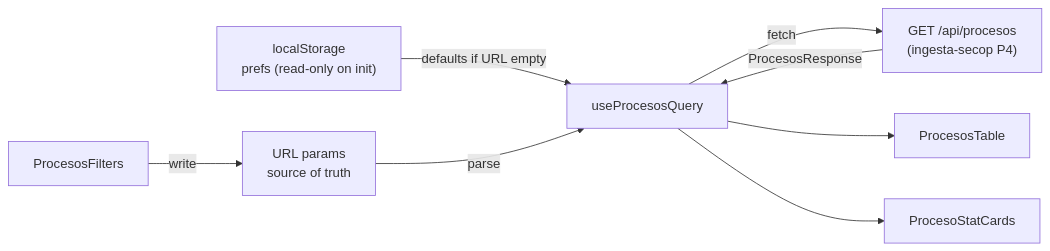
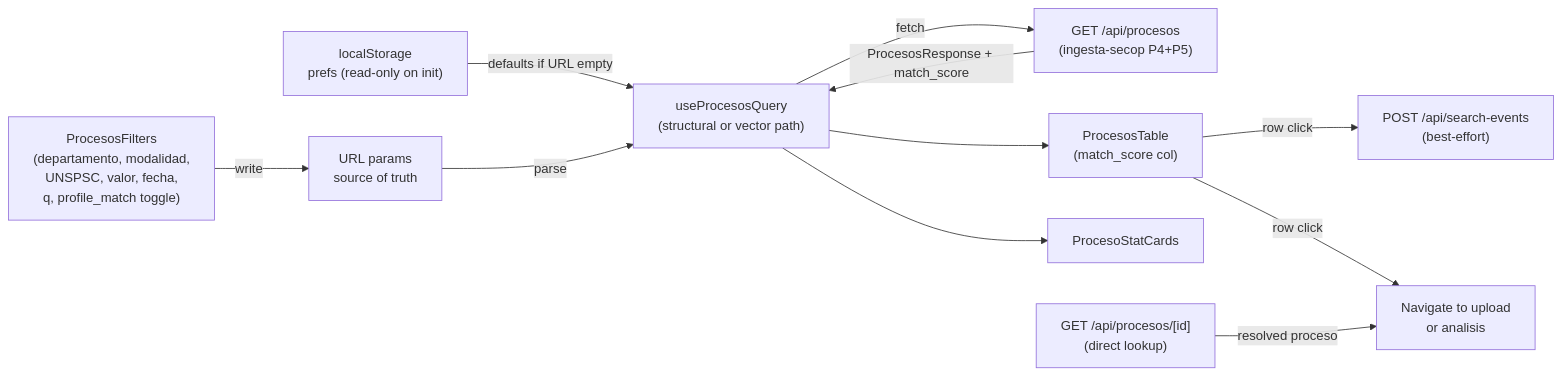
Before and after one commit to agentezai/coltratos: the first of 2 diagrams in docs/procesos-listing/feat/00-overview.md, drawn with Mermaid. The commit also changed other lines of this file and 27 other files, not shown here.

First line of the commit message:
docs(ingesta-secop+procesos-listing): discovery scope alignment + cuantia_min/max rename

````diff
--- a/docs/procesos-listing/feat/00-overview.md
+++ b/docs/procesos-listing/feat/00-overview.md
@@ -14,18 +15,23 @@
 ```mermaid
 flowchart LR
     URL["URL params\nsource of truth"]
-    Filters["ProcesosFilters"]
-    Hook["useProcesosQuery"]
-    API["GET /api/procesos\n(ingesta-secop P4)"]
-    Table["ProcesosTable"]
+    Filters["ProcesosFilters\n(departamento, modalidad,\nUNSPSC, valor, fecha,\nq, profile_match toggle)"]
+    Hook["useProcesosQuery\n(structural or vector path)"]
+    API["GET /api/procesos\n(ingesta-secop P4+P5)"]
+    Table["ProcesosTable\n(match_score col)"]
     Cards["ProcesoStatCards"]
     LS["localStorage\nprefs (read-only on init)"]
+    ClickAPI["POST /api/search-events\n(best-effort)"]
+    DirectAPI["GET /api/procesos/[id]\n(direct lookup)"]
 
     LS -->|defaults if URL empty| Hook
     URL -->|parse| Hook
     Filters -->|write| URL
     Hook -->|fetch| API
-    API -->|ProcesosResponse| Hook
+    API -->|ProcesosResponse + match_score| Hook
     Hook --> Table
     Hook --> Cards
+    Table -->|row click| ClickAPI
+    Table -->|row click| Navigate["Navigate to upload\nor analisis"]
+    DirectAPI -->|resolved proceso| Navigate
 ```
````
